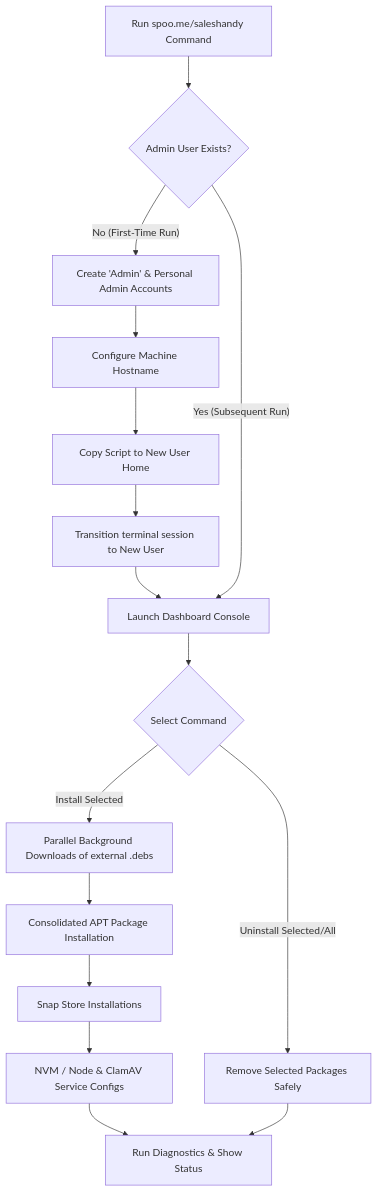
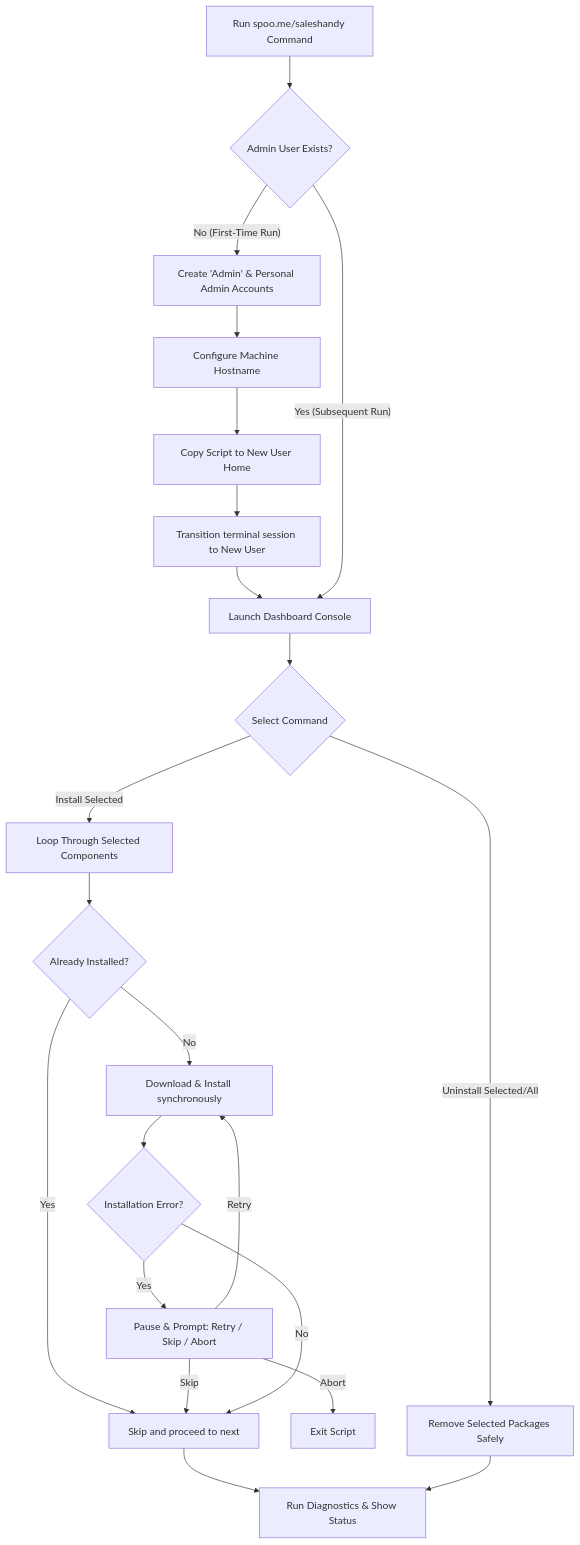
One commit to priyanshusaleshandy/ubuntu-setup changed the diagram in README.md. Above: the diagram before and after it, drawn with Mermaid. The commit also changed other lines of this file, not shown here.

Commit message:
Update README.md with sequential installer loop and updated software details

````diff
--- a/README.md
+++ b/README.md
@@ -25,18 +25,24 @@
 ```mermaid
 graph TD
     A[Run spoo.me/saleshandy Command] --> B{Admin User Exists?}
     B -- No (First-Time Run) --> C[Create 'Admin' & Personal Admin Accounts]
     C --> D[Configure Machine Hostname]
     D --> E[Copy Script to New User Home]
     E --> F[Transition terminal session to New User]
     F --> G[Launch Dashboard Console]
     B -- Yes (Subsequent Run) --> G
     G --> H{Select Command}
-    H -- Install Selected --> I[Parallel Background Downloads of external .debs]
-    I --> J[Consolidated APT Package Installation]
-    J --> K[Snap Store Installations]
-    K --> L[NVM / Node & ClamAV Service Configs]
-    L --> M[Run Diagnostics & Show Status]
-    H -- Uninstall Selected/All --> N[Remove Selected Packages Safely]
-    N --> M
+    H -- Install Selected --> I[Loop Through Selected Components]
+    I --> J{Already Installed?}
+    J -- Yes --> K[Skip and proceed to next]
+    J -- No --> L[Download & Install synchronously]
+    L --> M{Installation Error?}
+    M -- Yes --> N[Pause & Prompt: Retry / Skip / Abort]
+    N -- Retry --> L
+    N -- Skip --> K
+    N -- Abort --> O[Exit Script]
+    M -- No --> K
+    K --> P[Run Diagnostics & Show Status]
+    H -- Uninstall Selected/All --> Q[Remove Selected Packages Safely]
+    Q --> P
 ```
````
